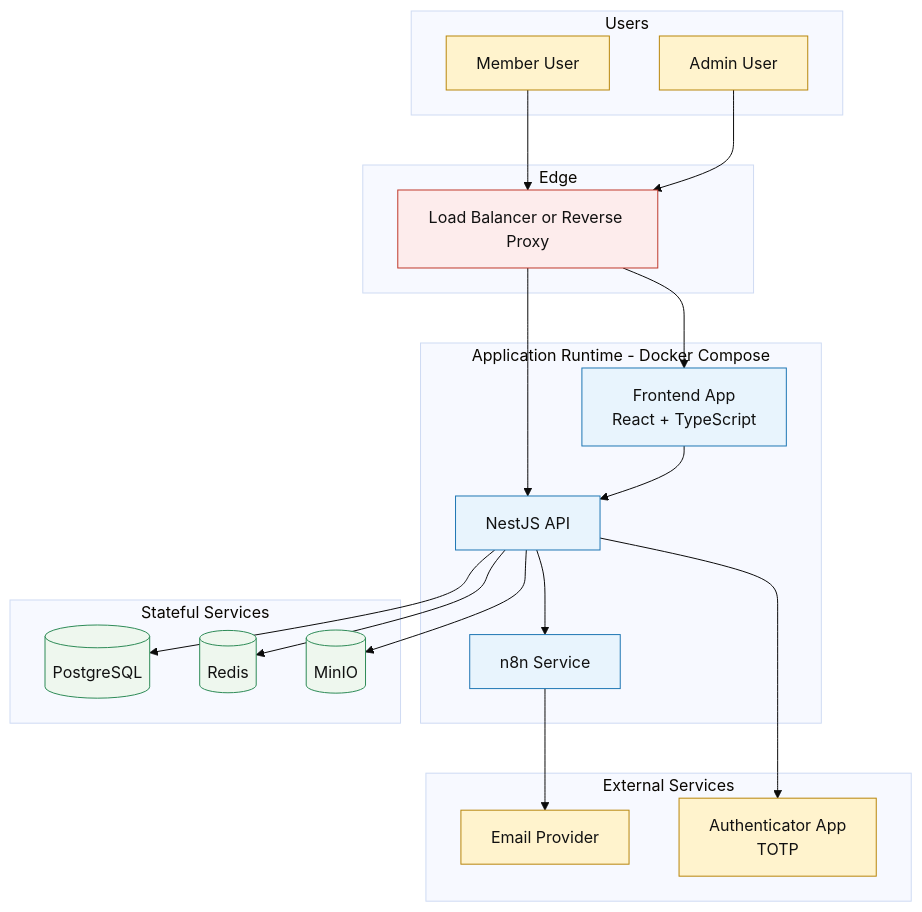
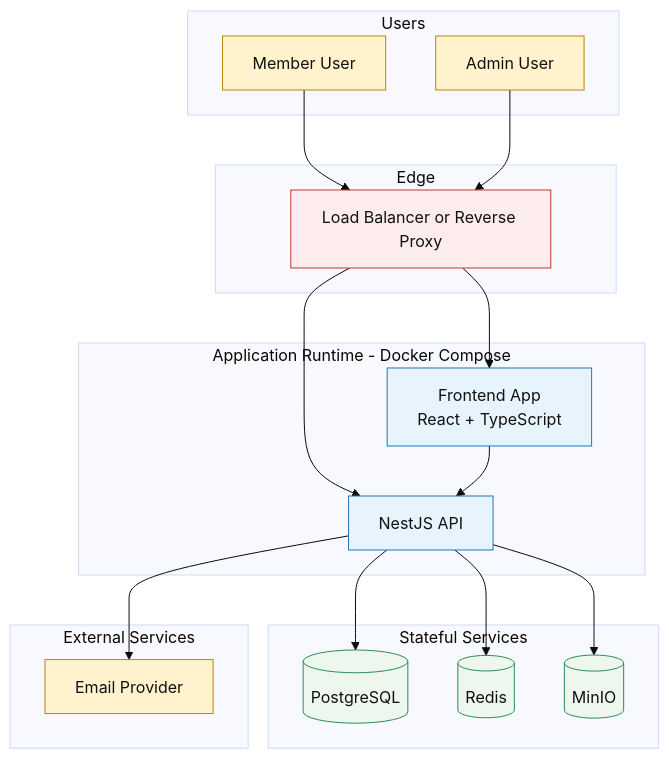
Before and after one commit to krkscm/ad-west: the diagram in ad-docs/business-intake-modular/12-architecture/03-deployment-runtime-diagram.md, drawn with Mermaid (base theme). The commit also changed other lines of this file and 261 other files, not shown here.

````diff
--- a/ad-docs/business-intake-modular/12-architecture/03-deployment-runtime-diagram.md
+++ b/ad-docs/business-intake-modular/12-architecture/03-deployment-runtime-diagram.md
@@ -14,53 +15,48 @@
 ```mermaid
 flowchart TB
   subgraph USERS[Users]
     MU[Member User]
     AU[Admin User]
   end
 
   subgraph EDGE[Edge]
     LB[Load Balancer or Reverse Proxy]
   end
 
   subgraph APP[Application Runtime - Docker Compose]
     FE[Frontend App\nReact + TypeScript]
     API[NestJS API]
-    N8N[n8n Service]
   end
 
   subgraph DATA[Stateful Services]
     PG[(PostgreSQL)]
     RD[(Redis)]
     MN[(MinIO)]
   end
 
   subgraph EXT[External Services]
     MAIL[Email Provider]
-    OTP[Authenticator App\nTOTP]
   end
 
   MU --> LB
   AU --> LB
 
   LB --> FE
   LB --> API
 
   FE --> API
   API --> PG
   API --> RD
   API --> MN
-  API --> N8N
-
-  N8N --> MAIL
-  API --> OTP
+  API --> MAIL
 
   classDef edge fill:#fdecec,stroke:#c0392b,color:#111;
   classDef app fill:#e8f4fd,stroke:#1f77b4,color:#111;
   classDef data fill:#eef7ee,stroke:#2e8b57,color:#111;
   classDef ext fill:#fff3cd,stroke:#b8860b,color:#111;
 
   class LB edge;
-  class FE,API,N8N app;
+  class FE,API app;
   class PG,RD,MN data;
-  class MAIL,OTP,MU,AU ext;
+  class MAIL,MU,AU ext;
 ```
````
